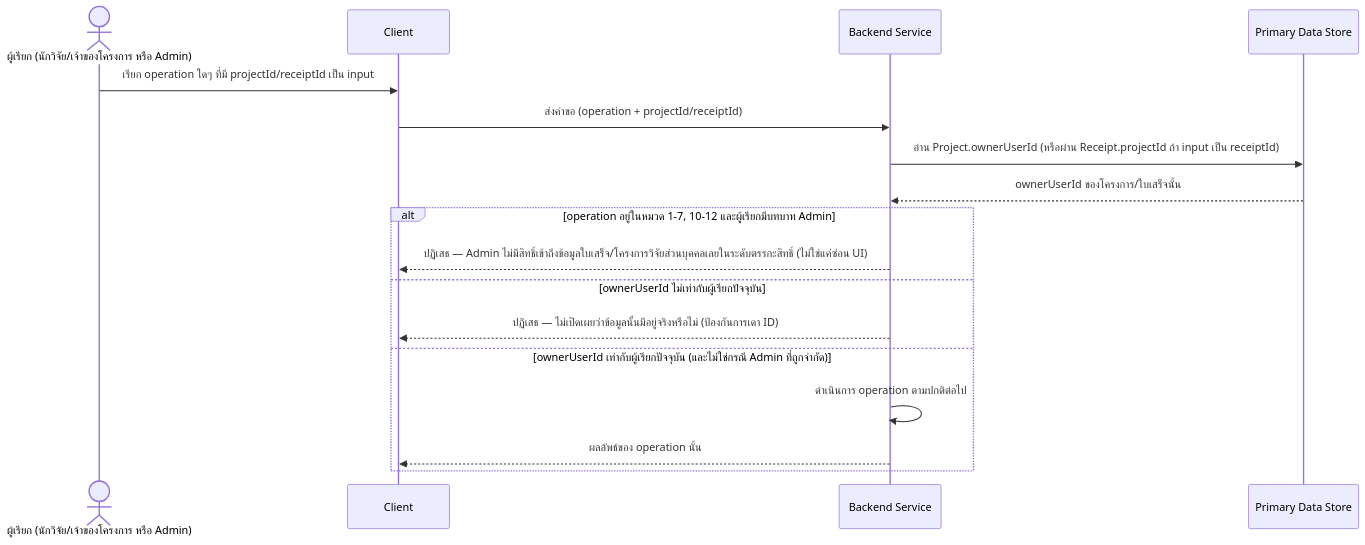
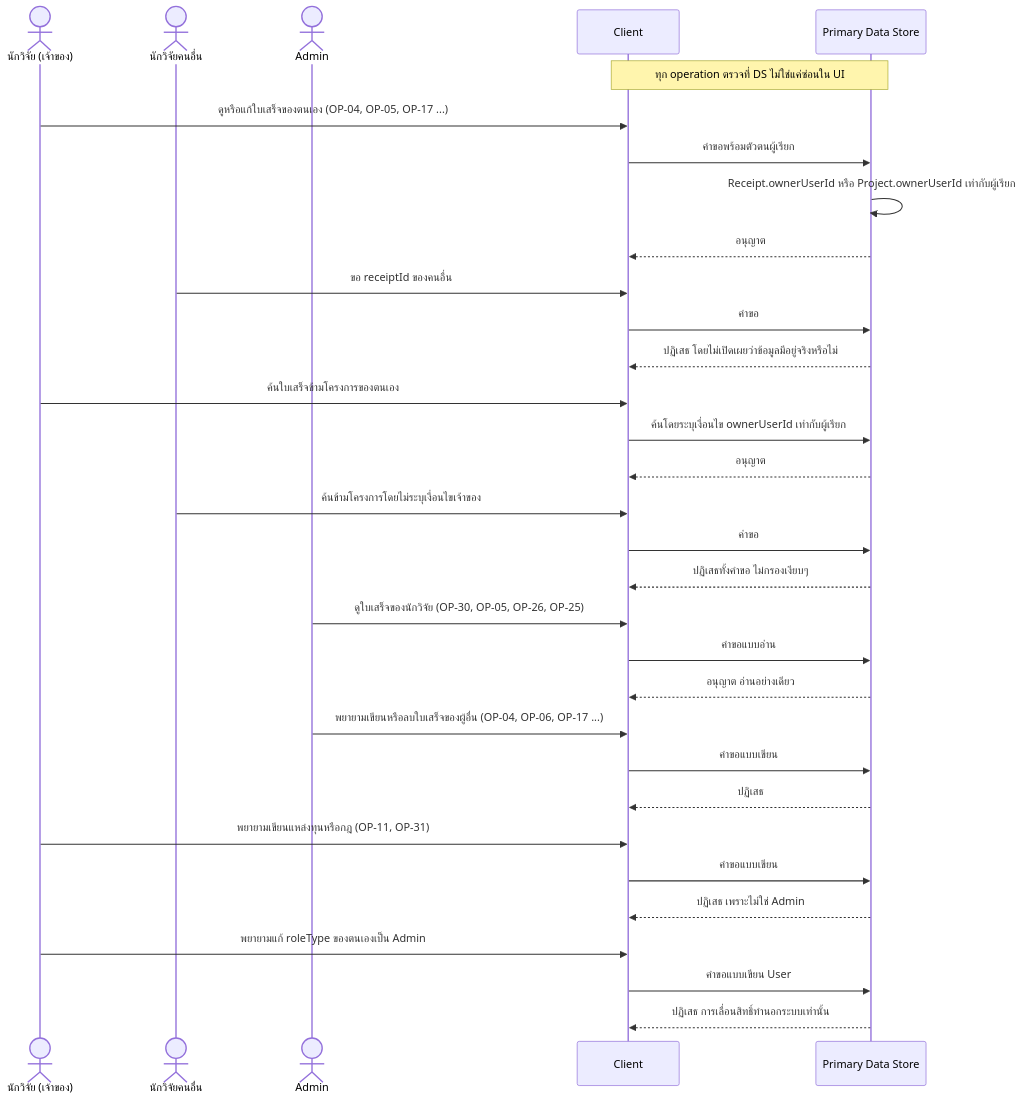
Before and after one commit to ptrsswnr/Grant-Receipt-Assistant: the first of 2 diagrams in docs/02-design/02-technical/detailed-design/access-control.md, drawn with Mermaid. The commit also changed other lines of this file and 27 other files, not shown here.

````diff
--- a/docs/02-design/02-technical/detailed-design/access-control.md
+++ b/docs/02-design/02-technical/detailed-design/access-control.md
@@ -41,20 +30,39 @@
 ```mermaid
 sequenceDiagram
-    actor U as ผู้เรียก (นักวิจัย/เจ้าของโครงการ หรือ Admin)
+    actor R as นักวิจัย (เจ้าของ)
+    actor O as นักวิจัยคนอื่น
+    actor A as Admin
     participant C as Client
-    participant B as Backend Service
     participant DS as Primary Data Store
 
-    U->>C: เรียก operation ใดๆ ที่มี projectId/receiptId เป็น input
-    C->>B: ส่งคำขอ (operation + projectId/receiptId)
-    B->>DS: อ่าน Project.ownerUserId (หรือผ่าน Receipt.projectId ถ้า input เป็น receiptId)
-    DS-->>B: ownerUserId ของโครงการ/ใบเสร็จนั้น
-    alt operation อยู่ในหมวด 1-7, 10-12 และผู้เรียกมีบทบาท Admin
-        B-->>C: ปฏิเสธ — Admin ไม่มีสิทธิ์เข้าถึงข้อมูลใบเสร็จ/โครงการวิจัยส่วนบุคคลเลยในระดับตรรกะสิทธิ์ (ไม่ใช่แค่ซ่อน UI)
-    else ownerUserId ไม่เท่ากับผู้เรียกปัจจุบัน
-        B-->>C: ปฏิเสธ — ไม่เปิดเผยว่าข้อมูลนั้นมีอยู่จริงหรือไม่ (ป้องกันการเดา ID)
-    else ownerUserId เท่ากับผู้เรียกปัจจุบัน (และไม่ใช่กรณี Admin ที่ถูกจำกัด)
-        B->>B: ดำเนินการ operation ตามปกติต่อไป
-        B-->>C: ผลลัพธ์ของ operation นั้น
-    end
+    Note over C,DS: ทุก operation ตรวจที่ DS ไม่ใช่แค่ซ่อนใน UI
+    R->>C: ดูหรือแก้ใบเสร็จของตนเอง (OP-04, OP-05, OP-17 ...)
+    C->>DS: คำขอพร้อมตัวตนผู้เรียก
+    DS->>DS: Receipt.ownerUserId หรือ Project.ownerUserId เท่ากับผู้เรียก
+    DS-->>C: อนุญาต
+
+    O->>C: ขอ receiptId ของคนอื่น
+    C->>DS: คำขอ
+    DS-->>C: ปฏิเสธ โดยไม่เปิดเผยว่าข้อมูลมีอยู่จริงหรือไม่
+
+    R->>C: ค้นใบเสร็จข้ามโครงการของตนเอง
+    C->>DS: ค้นโดยระบุเงื่อนไข ownerUserId เท่ากับผู้เรียก
+    DS-->>C: อนุญาต
+    O->>C: ค้นข้ามโครงการโดยไม่ระบุเงื่อนไขเจ้าของ
+    C->>DS: คำขอ
+    DS-->>C: ปฏิเสธทั้งคำขอ ไม่กรองเงียบๆ
+
+    A->>C: ดูใบเสร็จของนักวิจัย (OP-30, OP-05, OP-26, OP-25)
+    C->>DS: คำขอแบบอ่าน
+    DS-->>C: อนุญาต อ่านอย่างเดียว
+    A->>C: พยายามเขียนหรือลบใบเสร็จของผู้อื่น (OP-04, OP-06, OP-17 ...)
+    C->>DS: คำขอแบบเขียน
+    DS-->>C: ปฏิเสธ
+
+    R->>C: พยายามเขียนแหล่งทุนหรือกฎ (OP-11, OP-31)
+    C->>DS: คำขอแบบเขียน
+    DS-->>C: ปฏิเสธ เพราะไม่ใช่ Admin
+    R->>C: พยายามแก้ roleType ของตนเองเป็น Admin
+    C->>DS: คำขอแบบเขียน User
+    DS-->>C: ปฏิเสธ การเลื่อนสิทธิ์ทำนอกระบบเท่านั้น
 ```
````
